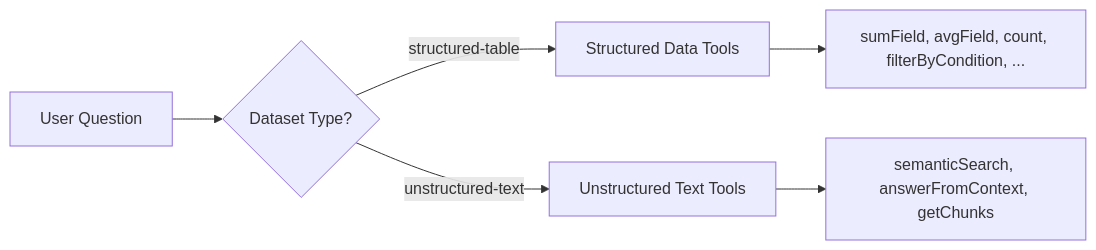
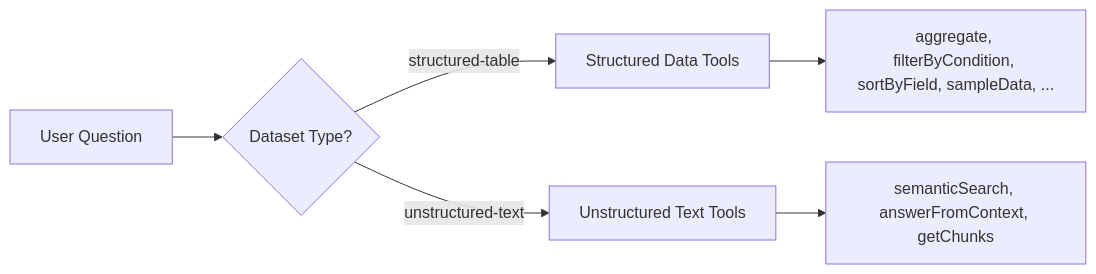
Before and after one commit to hinora/data-analysis: the third of 5 diagrams in docs/domain-knowledge/chat-system.md, drawn with Mermaid. The commit also changed other lines of this file and 13 other files, not shown here.

First line of the commit message:
Consolidate structured data tools: remove 6 redundant tools, enhance aggregate, add sampleData

````diff
--- a/docs/domain-knowledge/chat-system.md
+++ b/docs/domain-knowledge/chat-system.md
@@ -145,8 +145,8 @@
 ```mermaid
 flowchart LR
     Q[User Question] --> DT{Dataset Type?}
     DT -->|structured-table| ST[Structured Data Tools]
     DT -->|unstructured-text| UT[Unstructured Text Tools]
-    ST --> R1[sumField, avgField, count, filterByCondition, ...]
+    ST --> R1[aggregate, filterByCondition, sortByField, sampleData, ...]
     UT --> R2[semanticSearch, answerFromContext, getChunks]
 ```
````
